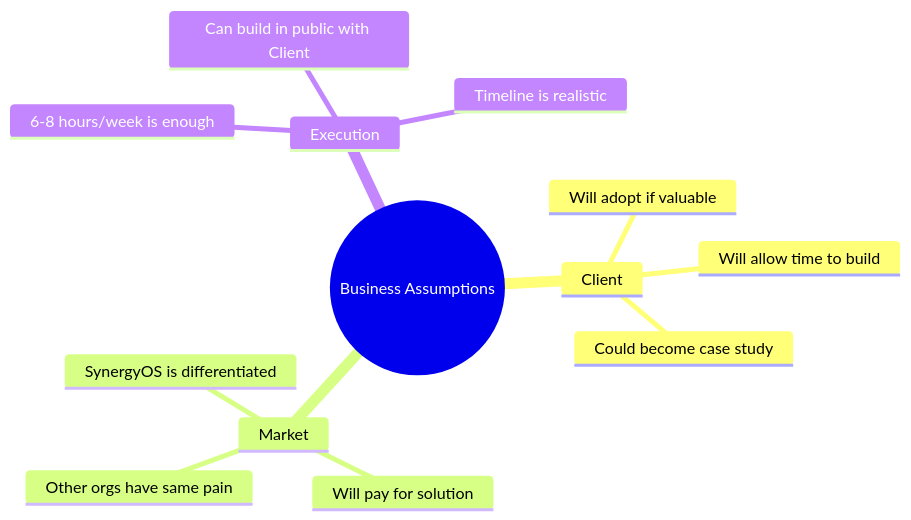
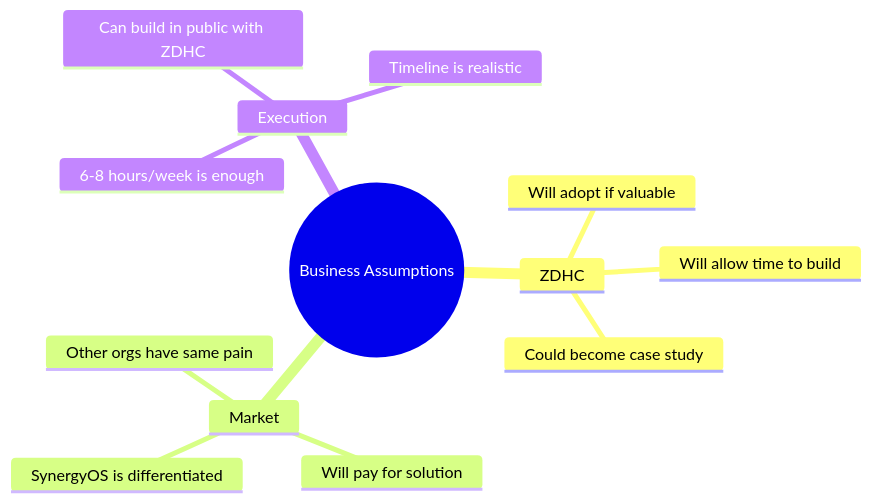
The fourth of 6 diagrams in dev-docs/draft_claude/05-assumption-learning-log.md (synergyai-os/Synergy-Open-Source), drawn with Mermaid before and after one commit. The commit also changed other lines of this file and 12 other files, not shown here.

````diff
--- a/dev-docs/draft_claude/05-assumption-learning-log.md
+++ b/dev-docs/draft_claude/05-assumption-learning-log.md
@@ -218,16 +218,16 @@
 ```mermaid
 mindmap
   root((Business Assumptions))
-    Client
+    ZDHC
       Will adopt if valuable
       Will allow time to build
       Could become case study
     Market
       Other orgs have same pain
       Will pay for solution
       SynergyOS is differentiated
     Execution
       6-8 hours/week is enough
-      Can build in public with Client
+      Can build in public with ZDHC
       Timeline is realistic
 ```
````
